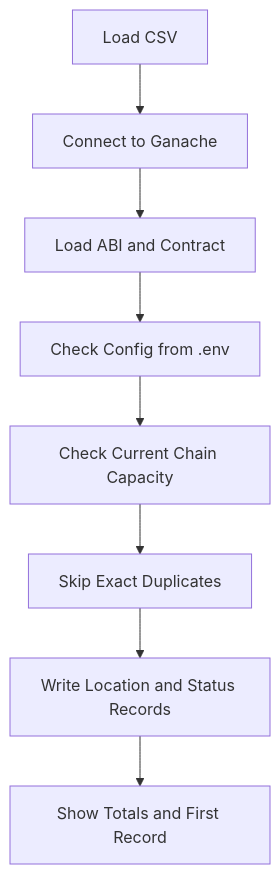
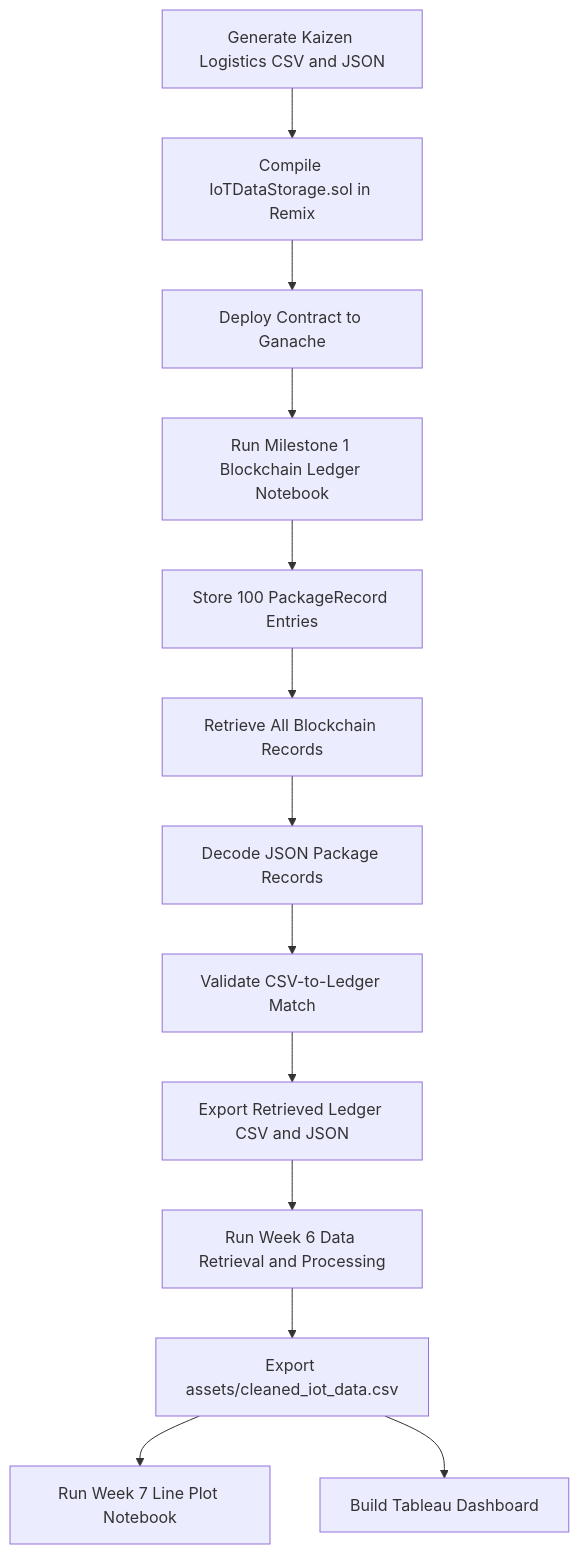
Before and after one commit to Team-Kaizen-MMDC/adet: the first of 2 diagrams in DEVELOPER_GUIDE.md, drawn with Mermaid. The commit also changed other lines of this file and 31 other files, not shown here.

First line of the commit message:
feat: update Kaizen Logistics IoT dataset, blockchain workflow, and dashboard assets

````diff
--- a/DEVELOPER_GUIDE.md
+++ b/DEVELOPER_GUIDE.md
@@ -16,10 +11,15 @@
 ```mermaid
 flowchart TD
-	A[Load CSV] --> B[Connect to Ganache]
-	B --> C[Load ABI and Contract]
-	C --> D[Check Config from .env]
-	D --> E[Check Current Chain Capacity]
-	E --> F[Skip Exact Duplicates]
-	F --> G[Write Location and Status Records]
-	G --> H[Show Totals and First Record]
+    A[Generate Kaizen Logistics CSV and JSON] --> B[Compile IoTDataStorage.sol in Remix]
+    B --> C[Deploy Contract to Ganache]
+    C --> D[Run Milestone 1 Blockchain Ledger Notebook]
+    D --> E[Store 100 PackageRecord Entries]
+    E --> F[Retrieve All Blockchain Records]
+    F --> G[Decode JSON Package Records]
+    G --> H[Validate CSV-to-Ledger Match]
+    H --> I[Export Retrieved Ledger CSV and JSON]
+    I --> J[Run Week 6 Data Retrieval and Processing]
+    J --> K[Export assets/cleaned_iot_data.csv]
+    K --> L[Run Week 7 Line Plot Notebook]
+    K --> M[Build Tableau Dashboard]
 ```
````
